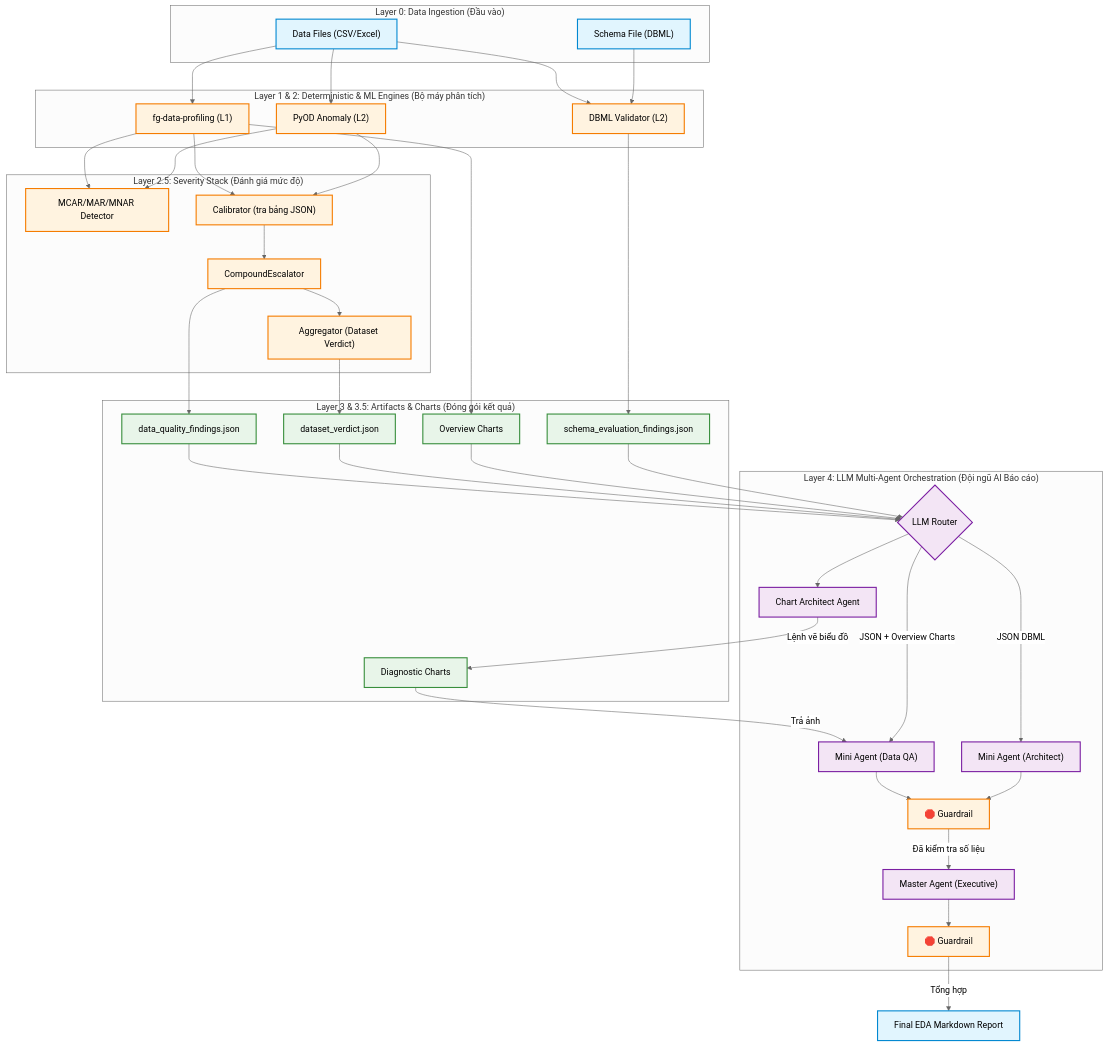
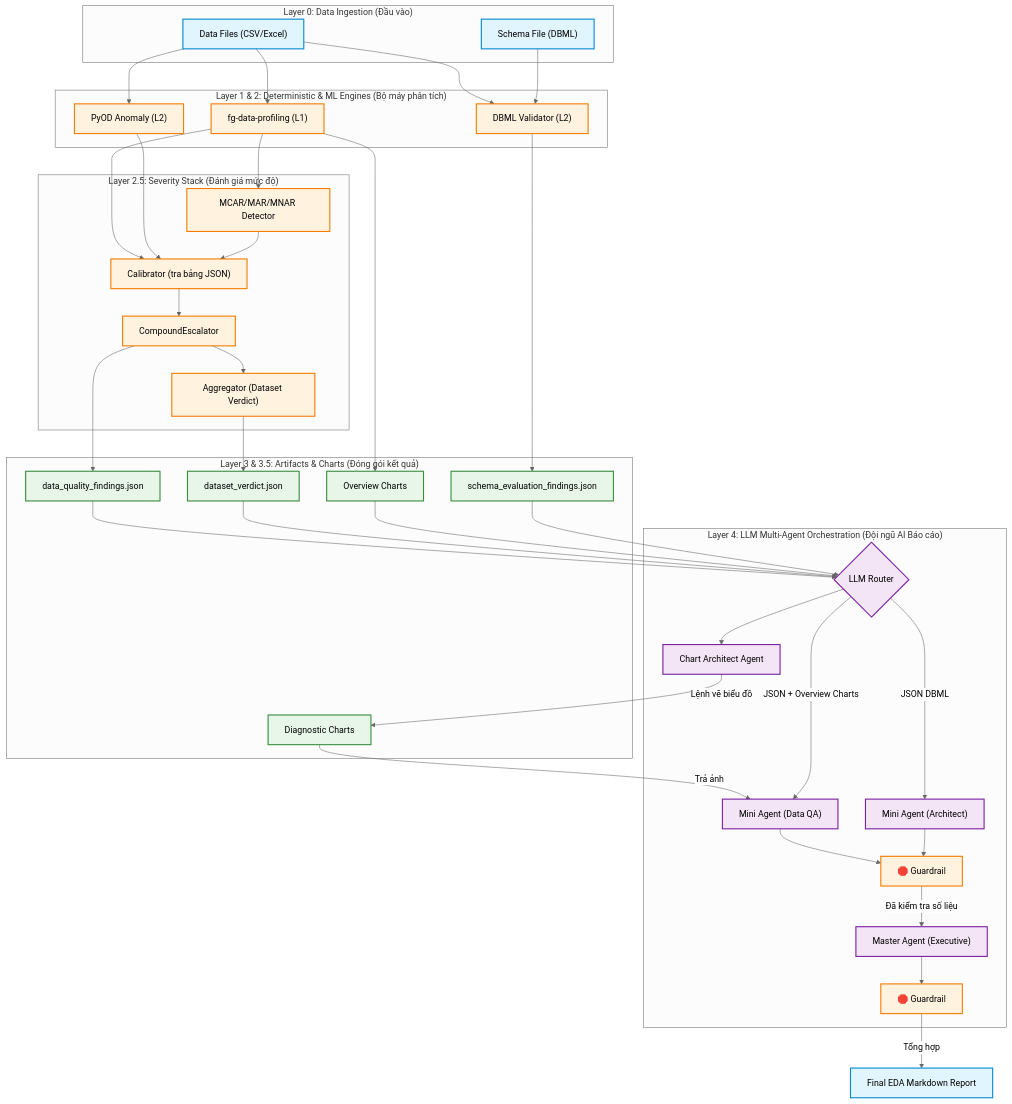
The diagram in docs/system_architecture_design.md (nhantpv/Auto-Data-Profiling-Smart-EDA-Report-Tool), drawn with Mermaid (neutral theme) before and after one commit. The commit also changed other lines of this file and 56 other files, not shown here.

First line of the commit message:
refactor: align pipeline data flow and configure severity thresholds

````diff
--- a/docs/system_architecture_design.md
+++ b/docs/system_architecture_design.md
@@ -23,76 +23,78 @@
 ```mermaid
 graph TD
     classDef input fill:#e1f5fe,stroke:#0288d1,stroke-width:2px;
     classDef engine fill:#fff3e0,stroke:#f57c00,stroke-width:2px;
     classDef artifact fill:#e8f5e9,stroke:#388e3c,stroke-width:2px;
     classDef agent fill:#f3e5f5,stroke:#7b1fa2,stroke-width:2px;
 
     %% INPUT
     subgraph L0 ["Layer 0: Data Ingestion (Đầu vào)"]
         D1["Data Files (CSV/Excel)"]:::input
         S1["Schema File (DBML)"]:::input
     end
 
     %% ENGINES (L1 & L2)
     subgraph L1_L2 ["Layer 1 & 2: Deterministic & ML Engines (Bộ máy phân tích)"]
         E1["fg-data-profiling (L1)"]:::engine
         E2["PyOD Anomaly (L2)"]:::engine
         E3["DBML Validator (L2)"]:::engine
     end
 
     D1 --> E1
     D1 --> E2
     D1 & S1 --> E3
 
     %% SEVERITY STACK (L2.5)
     subgraph L2_5 ["Layer 2.5: Severity Stack (Đánh giá mức độ)"]
         SS1["MCAR/MAR/MNAR Detector"]:::engine
         SS2["Calibrator (tra bảng JSON)"]:::engine
         SS3["CompoundEscalator"]:::engine
         SS4["Aggregator (Dataset Verdict)"]:::engine
     end
 
-    E1 & E2 --> SS1 & SS2
+    E1 --> SS1
+    E1 & E2 --> SS2
+    SS1 --> SS2
     SS2 --> SS3
     SS3 --> SS4
 
     %% ONTOLOGY (L3 & L3.5)
     subgraph L3 ["Layer 3 & 3.5: Artifacts & Charts (Đóng gói kết quả)"]
         J1["data_quality_findings.json"]:::artifact
         J2["schema_evaluation_findings.json"]:::artifact
         J3["dataset_verdict.json"]:::artifact
         C1["Overview Charts"]:::artifact
         C2["Diagnostic Charts"]:::artifact
     end
 
     SS3 --> J1
     E3 --> J2
     SS4 --> J3
     E1 --> C1
 
     %% LLM REPORTING (L4)
     subgraph L4 ["Layer 4: LLM Multi-Agent Orchestration (Đội ngũ AI Báo cáo)"]
         R1{"LLM Router"}:::agent
         CA["Chart Architect Agent"]:::agent
         A1["Mini Agent (Data QA)"]:::agent
         A2["Mini Agent (Architect)"]:::agent
         G1["🛑 Guardrail"]:::engine
         M1["Master Agent (Executive)"]:::agent
         G2["🛑 Guardrail"]:::engine
     end
 
     J1 & J3 & C1 --> R1
     J2 --> R1
     
     R1 --> CA
     CA -->|"Lệnh vẽ biểu đồ"| C2
     C2 -->|"Trả ảnh"| A1
     
     R1 -->|"JSON + Overview Charts"| A1
     R1 -->|"JSON DBML"| A2
     
     A1 & A2 --> G1
     G1 -->|"Đã kiểm tra số liệu"| M1
     M1 --> G2
     G2 -->|"Tổng hợp"| OUT["Final EDA Markdown Report"]:::input
 ```
````
